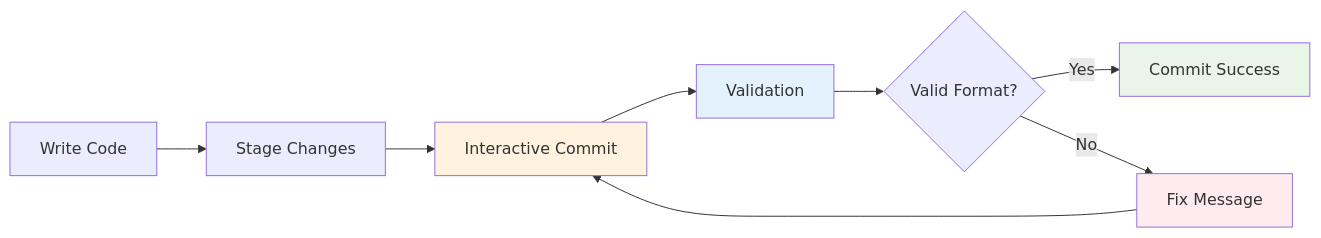
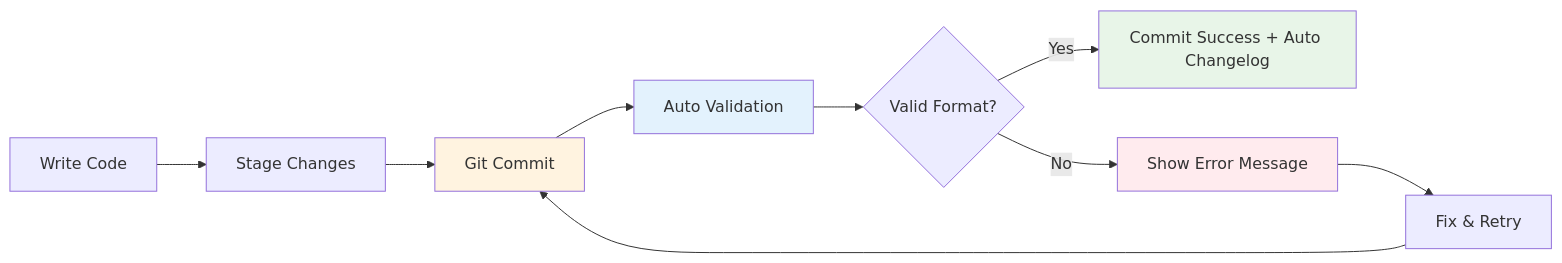
Before and after one commit to OpenCoreMMO/OpenCoreMMO: the first of 4 diagrams in docs/contributing/commit-guidelines.md, drawn with Mermaid. The commit also changed other lines of this file and 6 other files, not shown here.

Commit message:
refactor: simplify commit process to use only git commit with automatic validation and remove length limitations

````diff
--- a/docs/contributing/commit-guidelines.md
+++ b/docs/contributing/commit-guidelines.md
@@ -9,15 +11,16 @@
 ```mermaid
 graph LR
     A[Write Code] --> B[Stage Changes]
-    B --> C[Interactive Commit]
-    C --> D[Validation]
+    B --> C[Git Commit]
+    C --> D[Auto Validation]
     D --> E{Valid Format?}
-    E -->|Yes| F[Commit Success]
-    E -->|No| G[Fix Message]
-    G --> C
+    E -->|Yes| F[Commit Success + Auto Changelog]
+    E -->|No| G[Show Error Message]
+    G --> H[Fix & Retry]
+    H --> C
     
     style C fill:#fff3e0
     style D fill:#e3f2fd
     style F fill:#e8f5e8
     style G fill:#ffebee
 ```
````
